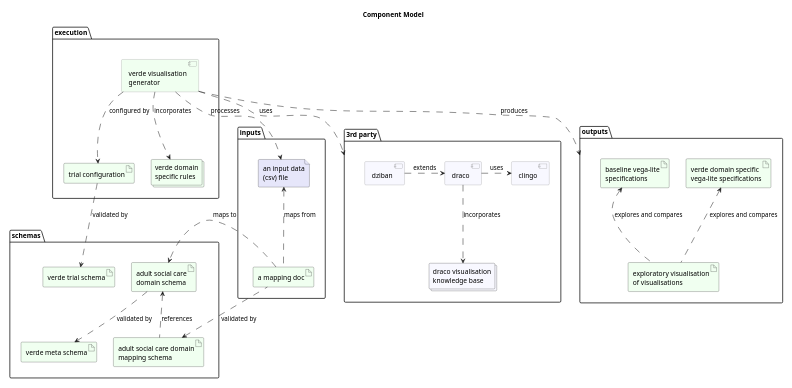
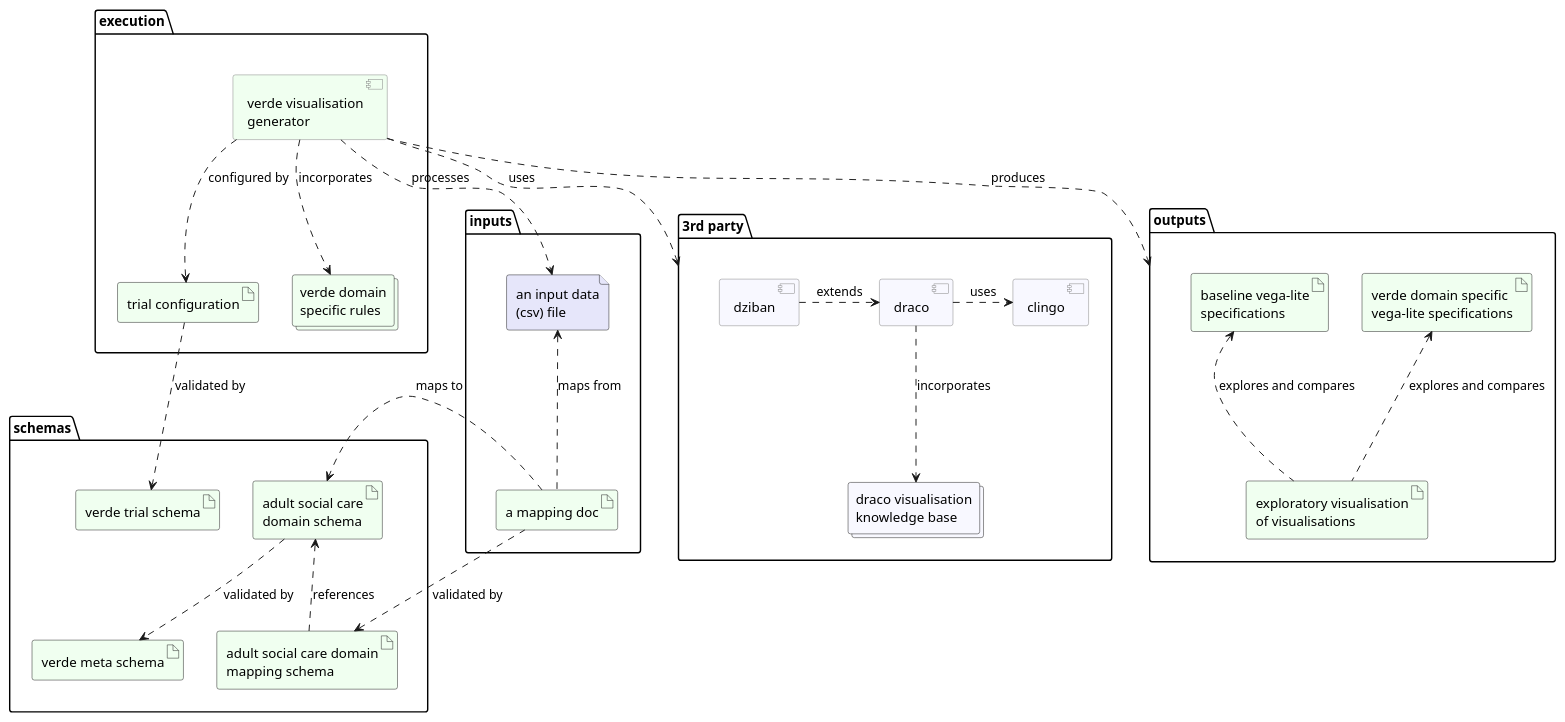
One commit to trubens71/verde changed the diagram in docs/uml/components.puml. Above: the diagram before and after it, drawn with PlantUML. The commit also changed 5 other files, not shown here.

Commit message:
all uml stuff

```diff
--- a/docs/uml/components.puml
+++ b/docs/uml/components.puml
@@ -1,65 +1,64 @@
 @startuml
-scale 0.5
+'scale 0.5
 skinparam shadowing false
 skinparam ComponentBorderColor gray
 allow_mixing
 
-title Component Model
 
 package "schemas" as schemas{
     artifact "verde trial schema" as trial_schema [[https://github.com/trubens71/verde/blob/master/schemas/verde_trial_schema.json]] #honeydew
     artifact "verde meta schema" as meta_schema [[https://github.com/trubens71/verde/blob/master/schemas/verde_meta_schema.json]] #honeydew
     artifact "adult social care\ndomain schema" as asc_domain_schema [[https://github.com/trubens71/verde/blob/master/schemas/verde_asc_domain_schema.json]] #honeydew
     artifact "adult social care domain\nmapping schema" as asc_mapping_schema [[https://github.com/trubens71/verde/blob/master/schemas/verde_asc_domain_mapping_schema.json]] #honeydew
 }
 
 package "inputs" as inputs {
     file "an input data\n(csv) file" as input_data [[https://github.com/trubens71/verde/blob/master/asc_data/processed/set_01/AFR_T41_region_tidy.csv]] #Lavender
     artifact "a mapping doc" as mapping_doc [[https://github.com/trubens71/verde/blob/master/asc_data/processed/set_01/AFR_T41_region_tidy_mapping.json]] #honeydew
 }
 
 package "outputs" as outputs {
     artifact "baseline vega-lite\nspecifications" as baseline_specs [[https://trubens71.github.io/verde/laboratory/trial_02_ut/regression/vegalite/trial_02_ut.exp_01_view_all_vl.html]] #honeydew
     artifact "verde domain specific\nvega-lite specifications" as verde_specs [[https://trubens71.github.io/verde/laboratory/trial_02_ut/regression/vegalite/trial_02_ut.exp_01_view_all_vl.html]] #honeydew
     artifact "exploratory visualisation\nof visualisations" as exploratory_vis [[https://trubens71.github.io/verde/laboratory/trial_03_ut/regression/vegalite/trial_03_ut.exp_01_view_compare.html]] #honeydew
 }
 
 package "execution" as execution {
     artifact "trial configuration" as trial_config [[https://github.com/trubens71/verde/blob/master/laboratory/example/trial.yaml]] #honeydew
     component [verde visualisation\ngenerator] as verde [[https://github.com/trubens71/verde/tree/master/src]] #honeydew
     collections "verde domain\nspecific rules" as verde_rules [[https://github.com/trubens71/verde/tree/master/asp/verde_rule_templates]] #honeydew
 }
 
 package "3rd party" as third_party {
     component [draco] as draco [[https://github.com/uwdata/draco]] #ghostwhite
     component [clingo] as clingo [[https://github.com/potassco/clingo]] #ghostwhite
     collections "draco visualisation\nknowledge base" as draco_kb [[https://github.com/trubens71/verde/tree/master/asp/draco_base]] #GhostWhite
     component [dziban] as dziban [[https://github.com/uwdata/dziban]] #ghostwhite
 }
 
 inputs .[hidden]d.> execution
 inputs .[hidden]r.> schemas
 execution .[hidden]r.> third_party
 execution .[hidden]d.> outputs
 
 asc_domain_schema .down.> meta_schema : validated by
 trial_config .down.> trial_schema : validated by
 mapping_doc .left.> asc_mapping_schema : validated by
 asc_mapping_schema .up.> asc_domain_schema : references
 mapping_doc ..> asc_domain_schema : maps to
 mapping_doc .up.> input_data : maps from
 
 verde ..> trial_config : configured by
 verde ..> verde_rules : incorporates
 verde ..> third_party : uses
 verde ..> input_data : processes
 verde ..> outputs : produces
 
 draco .r.> clingo : uses
 draco .d.> draco_kb : incorporates
 dziban .r.> draco : extends
 
 exploratory_vis .u.> baseline_specs :  explores and compares
 exploratory_vis .u.> verde_specs :  explores and compares
 
 @enduml
```
